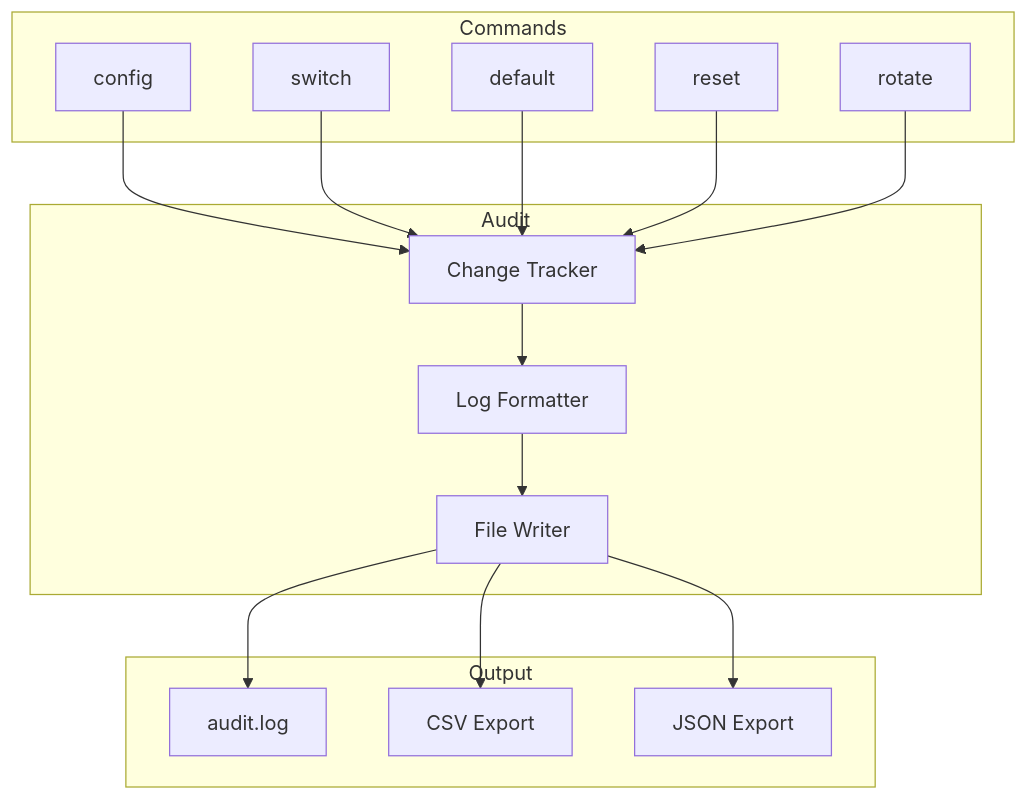
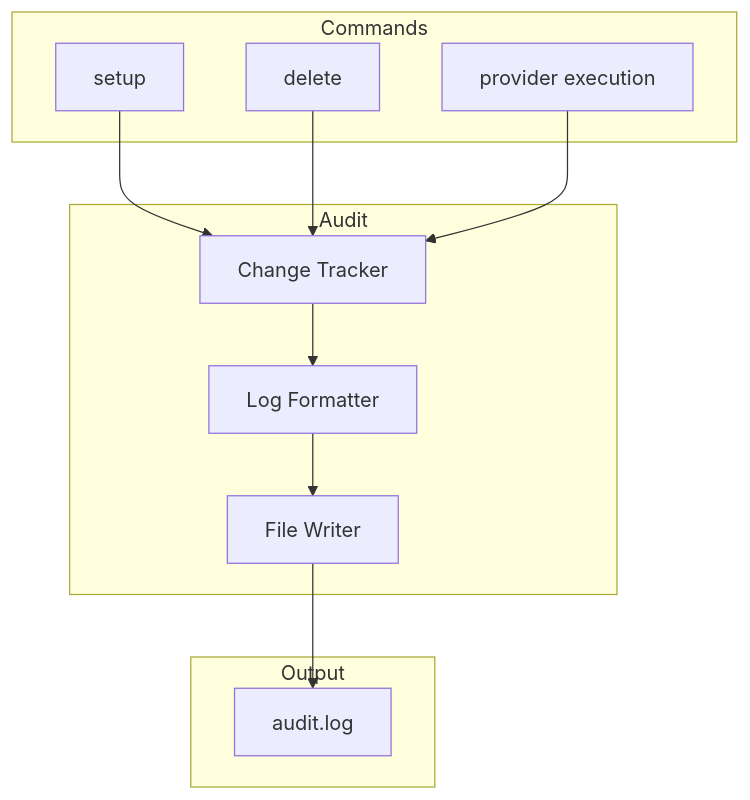
Before and after one commit to dkmnx/kairo: the fifth of 7 diagrams in docs/architecture/README.md, drawn with Mermaid. The commit also changed other lines of this file and 5 other files, not shown here.

Commit message:
docs: update architecture, guides, and troubleshooting documentation

````diff
--- a/docs/architecture/README.md
+++ b/docs/architecture/README.md
@@ -175,34 +176,26 @@
 ```mermaid
 flowchart TB
     subgraph Commands
-        ConfigCmd[config]
-        SwitchCmd[switch]
-        DefaultCmd[default]
-        ResetCmd[reset]
-        RotateCmd[rotate]
+        SetupCmd[setup]
+        DeleteCmd[delete]
+        SwitchCmd[provider execution]
     end
 
     subgraph Audit
         ChangeTracker[Change Tracker]
         LogFormatter[Log Formatter]
         FileWriter[File Writer]
     end
 
     subgraph Output
         AuditLog[audit.log]
-        CSVExport[CSV Export]
-        JSONExport[JSON Export]
     end
 
-    ConfigCmd --> ChangeTracker
+    SetupCmd --> ChangeTracker
+    DeleteCmd --> ChangeTracker
     SwitchCmd --> ChangeTracker
-    DefaultCmd --> ChangeTracker
-    ResetCmd --> ChangeTracker
-    RotateCmd --> ChangeTracker
 
     ChangeTracker --> LogFormatter
     LogFormatter --> FileWriter
     FileWriter --> AuditLog
-    FileWriter --> CSVExport
-    FileWriter --> JSONExport
 ```
````
